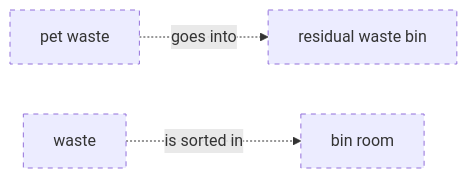
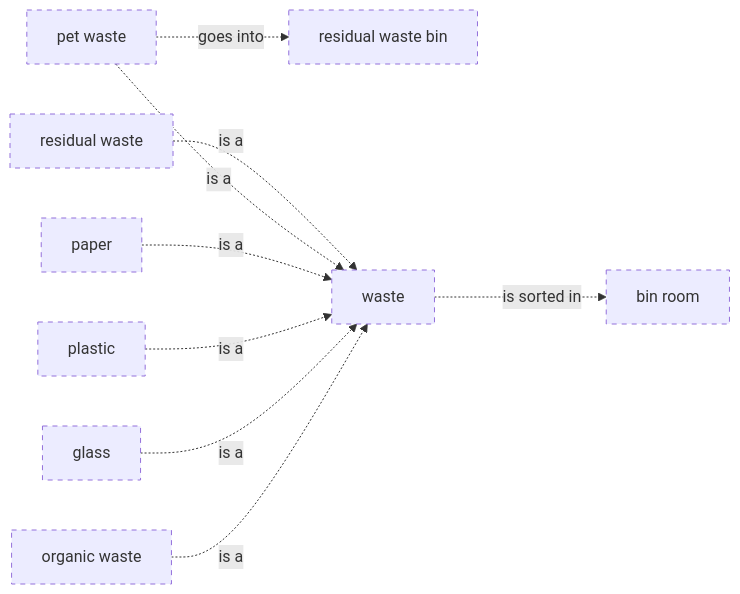
One commit to belaboros/DomainAiAssistant changed diagram 55 of 57 in data/ontology-pets-and-house-rules/03_release/00_raw/level-2.md. Above: the diagram before and after it, drawn with Mermaid. The commit also changed other lines of this file and 16 other files, not shown here.

First line of the commit message:
T39 (spec 0002): level diagrams near 16:9, is-a edges in relation diagrams

````diff
--- a/data/ontology-pets-and-house-rules/03_release/00_raw/level-2.md
+++ b/data/ontology-pets-and-house-rules/03_release/00_raw/level-2.md
@@ -923,11 +1011,22 @@
 ```mermaid
 flowchart LR
     classDef draft stroke-dasharray: 5 5
     cn_01M82HBAX7NMYFG8GE4P9Y56F4["bin room"]
+    cn_01M82HBAX7NMYFG8GE4P9Y56FC["glass"]
+    cn_01M82HBAX7NMYFG8GE4P9Y56FD["organic waste"]
+    cn_01M82HBAX7NMYFG8GE4P9Y56FA["paper"]
     cn_01M82HBAX7NMYFG8GE4P9Y56F6["pet waste"]
+    cn_01M82HBAX7NMYFG8GE4P9Y56FB["plastic"]
+    cn_01M82H1MQPVEX27Q0YHCNZ9WE3["residual waste"]
     cn_01M82HBAX7NMYFG8GE4P9Y56F8["residual waste bin"]
     cn_01M82HBAX7NMYFG8GE4P9Y56F3["waste"]
+    cn_01M82H1MQPVEX27Q0YHCNZ9WE3 -. "is a" .-> cn_01M82HBAX7NMYFG8GE4P9Y56F3
     cn_01M82HBAX7NMYFG8GE4P9Y56F3 -. "is sorted in" .-> cn_01M82HBAX7NMYFG8GE4P9Y56F4
+    cn_01M82HBAX7NMYFG8GE4P9Y56F6 -. "is a" .-> cn_01M82HBAX7NMYFG8GE4P9Y56F3
     cn_01M82HBAX7NMYFG8GE4P9Y56F6 -. "goes into" .-> cn_01M82HBAX7NMYFG8GE4P9Y56F8
-    class cn_01M82HBAX7NMYFG8GE4P9Y56F4,cn_01M82HBAX7NMYFG8GE4P9Y56F6,cn_01M82HBAX7NMYFG8GE4P9Y56F8,cn_01M82HBAX7NMYFG8GE4P9Y56F3 draft
+    cn_01M82HBAX7NMYFG8GE4P9Y56FA -. "is a" .-> cn_01M82HBAX7NMYFG8GE4P9Y56F3
+    cn_01M82HBAX7NMYFG8GE4P9Y56FB -. "is a" .-> cn_01M82HBAX7NMYFG8GE4P9Y56F3
+    cn_01M82HBAX7NMYFG8GE4P9Y56FC -. "is a" .-> cn_01M82HBAX7NMYFG8GE4P9Y56F3
+    cn_01M82HBAX7NMYFG8GE4P9Y56FD -. "is a" .-> cn_01M82HBAX7NMYFG8GE4P9Y56F3
+    class cn_01M82HBAX7NMYFG8GE4P9Y56F4,cn_01M82HBAX7NMYFG8GE4P9Y56FC,cn_01M82HBAX7NMYFG8GE4P9Y56FD,cn_01M82HBAX7NMYFG8GE4P9Y56FA,cn_01M82HBAX7NMYFG8GE4P9Y56F6,cn_01M82HBAX7NMYFG8GE4P9Y56FB,cn_01M82H1MQPVEX27Q0YHCNZ9WE3,cn_01M82HBAX7NMYFG8GE4P9Y56F8,cn_01M82HBAX7NMYFG8GE4P9Y56F3 draft
 ```
````
